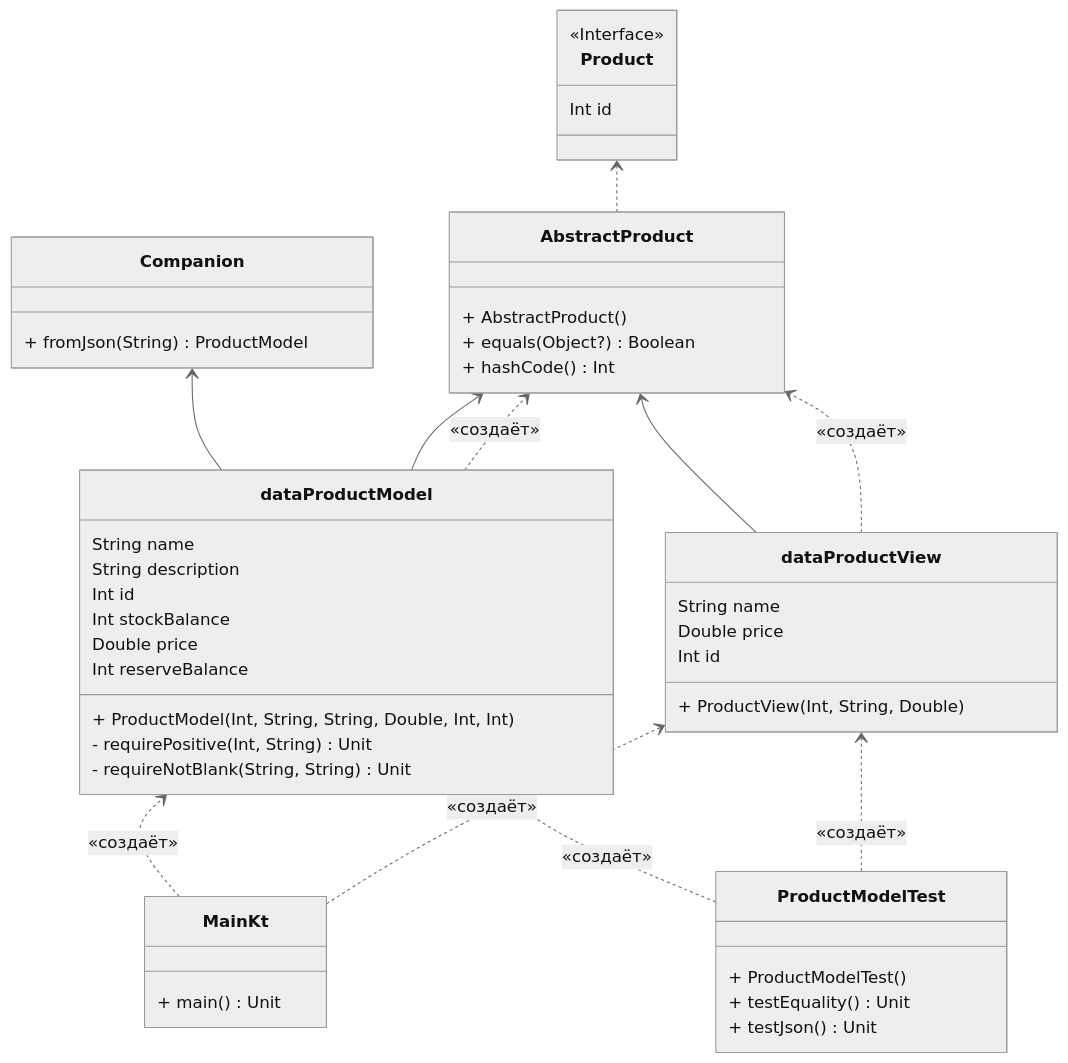
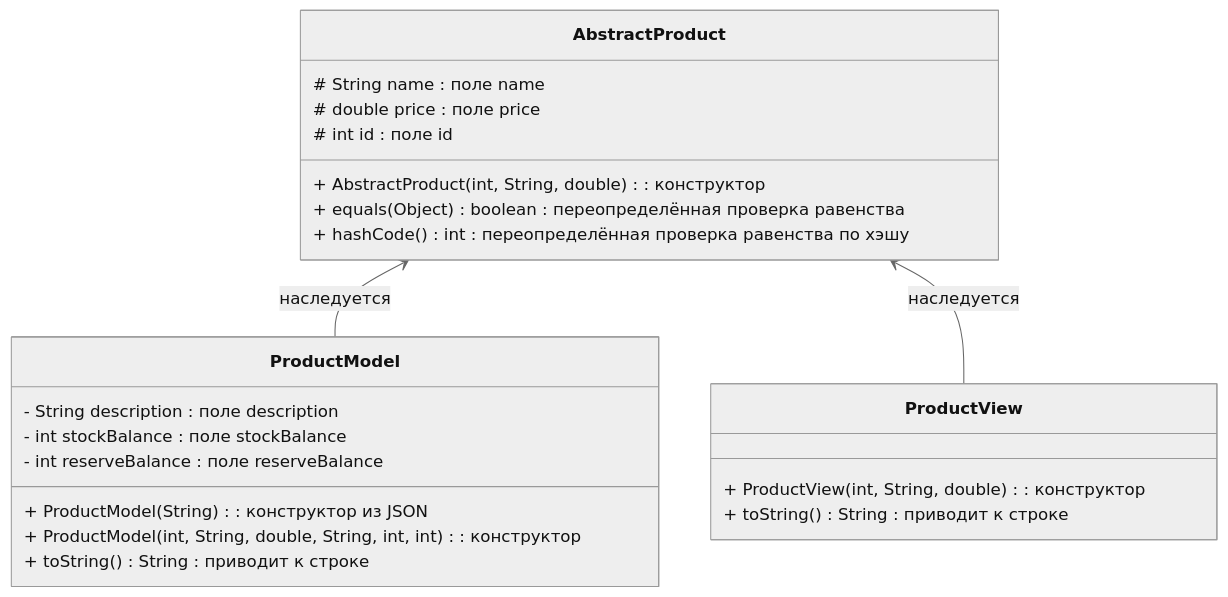
Before and after one commit to NikolGortez/MaksimenkoLab1: the second of 2 diagrams in README.md, drawn with Mermaid (neutral theme). The commit also changed other lines of this file and 19 other files, not shown here.

````diff
--- a/README.md
+++ b/README.md
@@ -62,52 +30,27 @@
 ```mermaid
 classDiagram
 direction BT
 class AbstractProduct {
-  + AbstractProduct() 
-  + equals(Object?) Boolean
-  + hashCode() Int
+  + AbstractProduct(int, String, double) : конструктор
+  # String name : поле name
+  # double price : поле price
+  # int id : поле id
+  + equals(Object) boolean : переопределённая проверка равенства
+  + hashCode() int : переопределённая проверка равенства по хэшу
 }
-class Companion {
-  + fromJson(String) ProductModel
+class ProductModel {
+  + ProductModel(String) : конструктор из JSON
+  + ProductModel(int, String, double, String, int, int) : конструктор
+  - String description : поле description
+  - int stockBalance : поле stockBalance
+  - int reserveBalance : поле reserveBalance
+  + toString() String : приводит к строке
 }
-class MainKt {
-  + main() Unit
-}
-class Product {
-<<Interface>>
-   Int id
-}
-class ProductModelTest {
-  + ProductModelTest() 
-  + testEquality() Unit
-  + testJson() Unit
-}
-class data  ProductModel {
-  + ProductModel(Int, String, String, Double, Int, Int) 
-  - requirePositive(Int, String) Unit
-  - requireNotBlank(String, String) Unit
-   String name
-   String description
-   Int id
-   Int stockBalance
-   Double price
-   Int reserveBalance
-}
-class data  ProductView {
-  + ProductView(Int, String, Double) 
-   String name
-   Double price
-   Int id
+class ProductView {
+  + ProductView(int, String, double) : конструктор
+  + toString() String : приводит к строке
 }
 
-AbstractProduct  ..>  Product 
-data  ProductModel  -->  Companion 
-MainKt  ..>  data  ProductModel : «создаёт»
-MainKt  ..>  data  ProductView : «создаёт»
-ProductModelTest  ..>  data  ProductModel : «создаёт»
-ProductModelTest  ..>  data  ProductView : «создаёт»
-data  ProductModel  -->  AbstractProduct 
-data  ProductModel  ..>  AbstractProduct : «создаёт»
-data  ProductView  -->  AbstractProduct 
-data  ProductView  ..>  AbstractProduct : «создаёт»
+ProductModel  -->  AbstractProduct : наследуется
+ProductView  -->  AbstractProduct : наследуется
 ```
````
